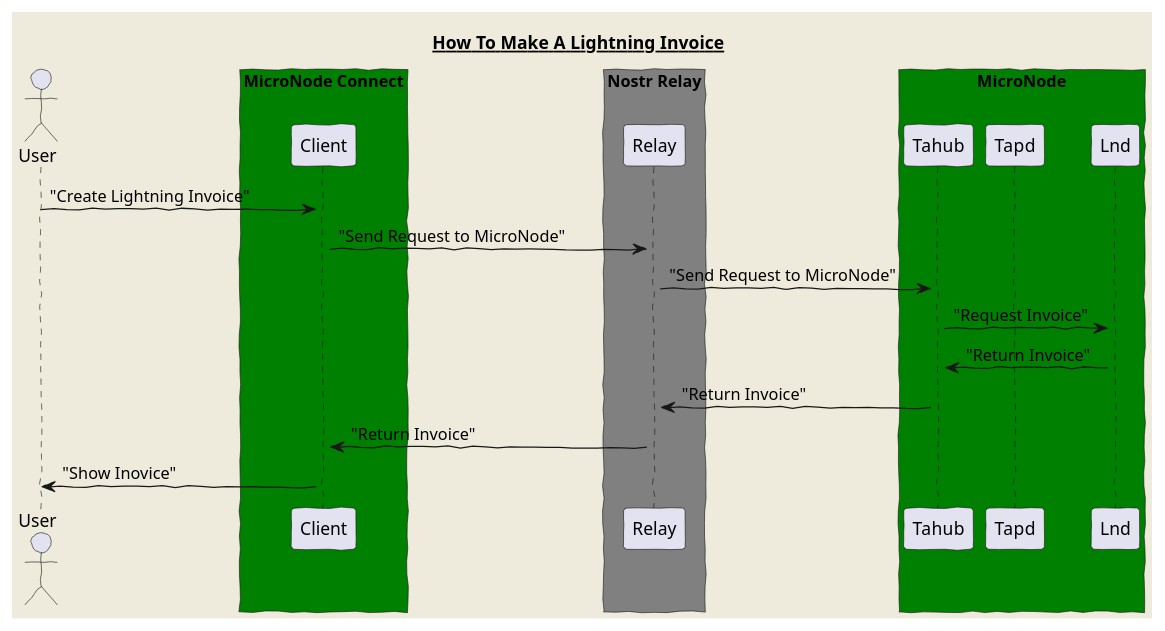
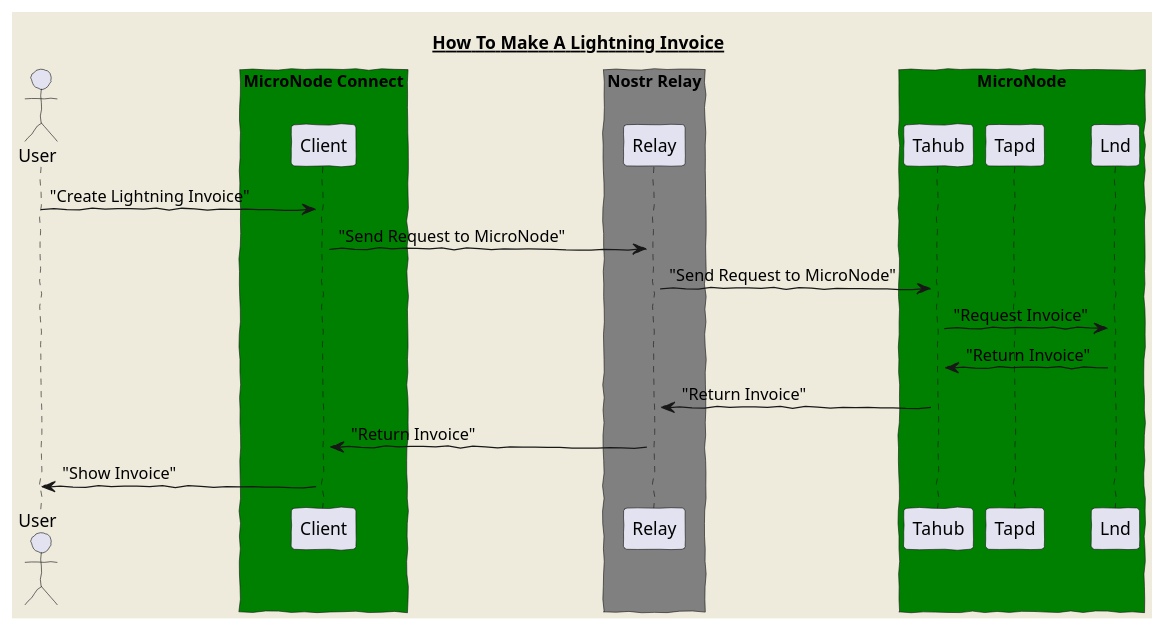
The second of 3 diagrams in MicroNodeConnect/MicroNode.puml (lnfi-network/ln-node), drawn with PlantUML before and after one commit. The commit also changed other lines of this file and 3 other files, not shown here.

```diff
--- a/MicroNodeConnect/MicroNode.puml
+++ b/MicroNodeConnect/MicroNode.puml
@@ -35,32 +35,32 @@
 @startuml Lnd
 skinparam backgroundColor #EEEBDC
 skinparam handwritten true
 
 title
  <u>How To Make A Lightning Invoice</u>
 end title
 actor User
 
 box "MicroNode Connect" #green
 activate "Client"
 end box
 
 box "Nostr Relay" #Grey
 activate "Relay"
 end box
 
 box "MicroNode" #green
 activate "Tahub"
 activate "Tapd"
 activate "Lnd"
 end box
 
 User -> Client: "Create Lightning Invoice"
 Client -> Relay : "Send Request to MicroNode"
 Relay -> Tahub : "Send Request to MicroNode"
 Tahub -> Lnd : "Request Invoice"
 Lnd -> Tahub : "Return Invoice"
 Tahub -> Relay: "Return Invoice"
 Relay -> Client: "Return Invoice"
-Client -> User: "Show Inovice"
+Client -> User: "Show Invoice"
 @enduml
```
